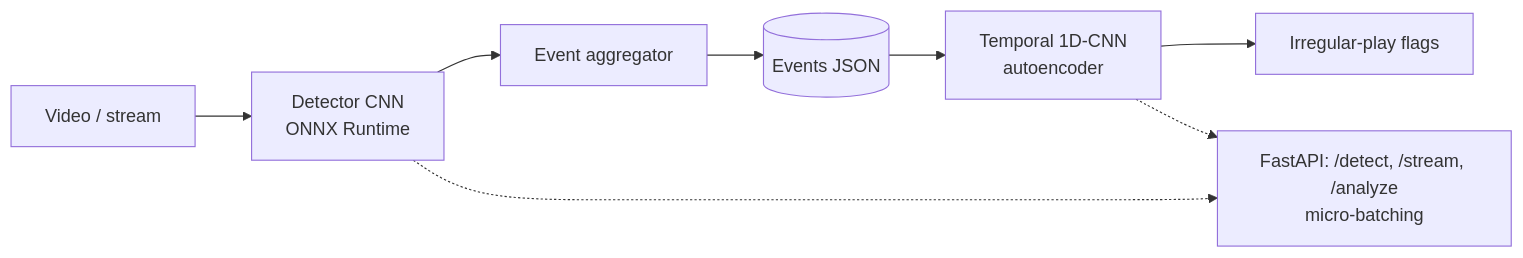
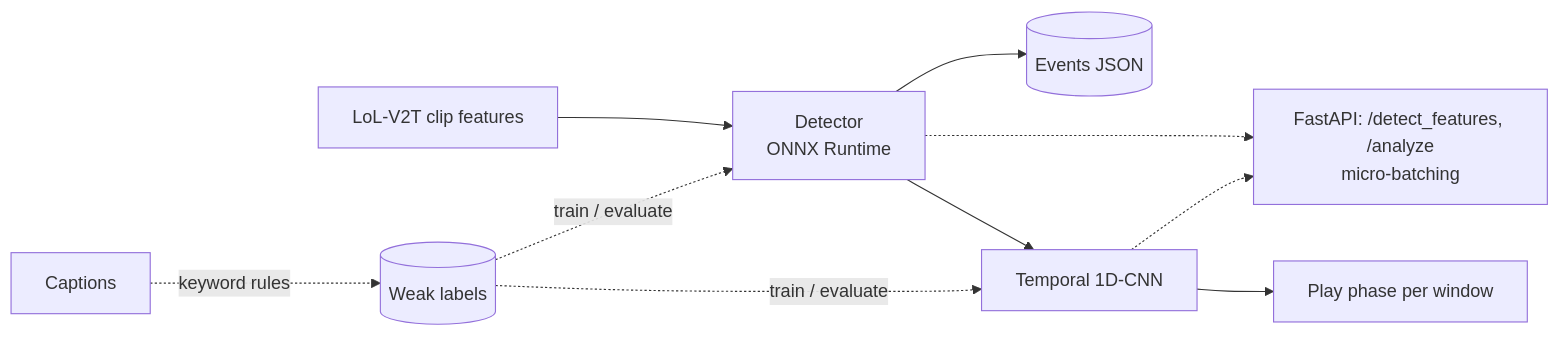
The diagram in README.md (otoofim/video_event_detection), drawn with Mermaid before and after one commit. The commit also changed other lines of this file and 34 other files, not shown here.

First line of the commit message:
Remove synthetic data; label clip sequences from captions only

````diff
--- a/README.md
+++ b/README.md
@@ -6,9 +6,9 @@
 ```mermaid
 flowchart LR
-  V[Video / stream] --> D[Detector CNN<br/>ONNX Runtime]
-  D --> A[Event aggregator]
-  A --> E[(Events JSON)]
-  E --> T[Temporal 1D-CNN<br/>autoencoder]
-  T --> F[Irregular-play flags]
-  D & T -.-> S[FastAPI: /detect, /stream, /analyze<br/>micro-batching]
+  C[LoL-V2T clip features] --> D[Detector<br/>ONNX Runtime]
+  D --> E[(Events JSON)]
+  D --> T[Temporal 1D-CNN]
+  T --> P[Play phase per window]
+  CAP[Captions] -.keyword rules.-> L[(Weak labels)] -.train / evaluate.-> D & T
+  D & T -.-> S[FastAPI: /detect_features, /analyze<br/>micro-batching]
 ```
````
